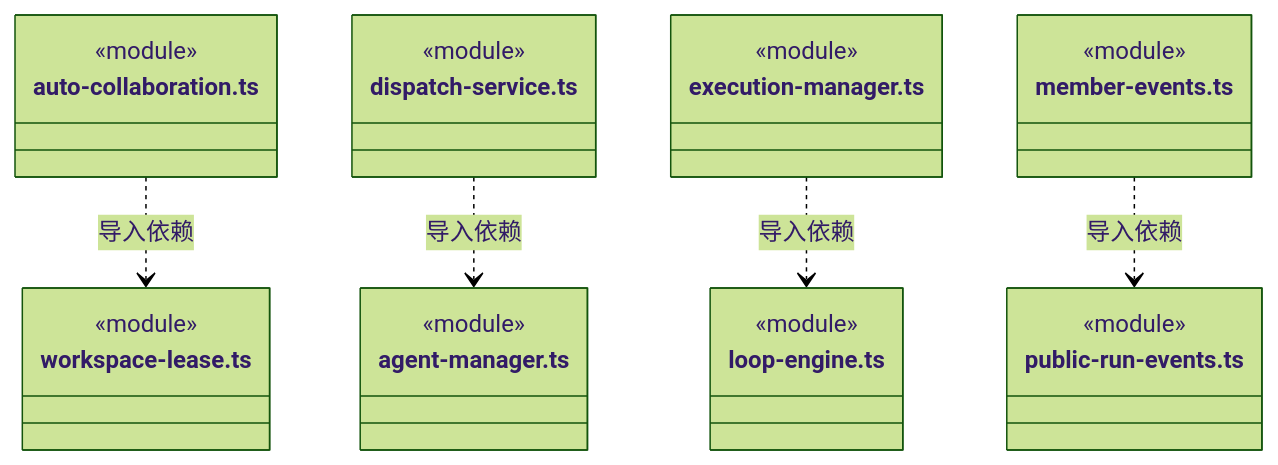
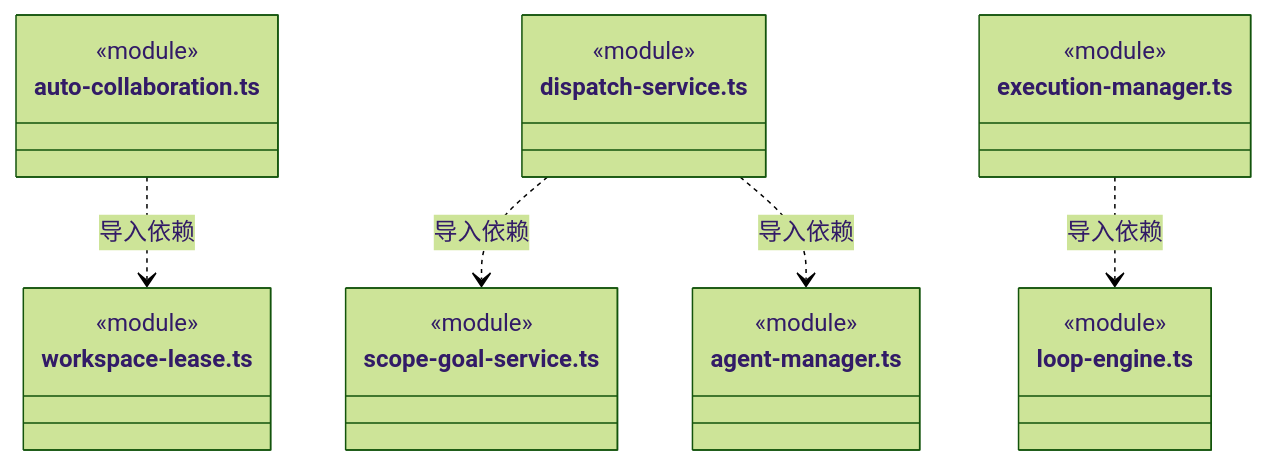
Before and after one commit to nan023062/cbim: diagram 24 of 28 in src/backend/scheduler-engine/execution/ARCHITECTURE.md, drawn with Mermaid (forest theme). The commit also changed other lines of this file and 36 other files, not shown here.

````diff
--- a/src/backend/scheduler-engine/execution/ARCHITECTURE.md
+++ b/src/backend/scheduler-engine/execution/ARCHITECTURE.md
@@ -570,31 +634,28 @@
 ```mermaid
 classDiagram
 class N_src_backend_scheduler_engine_execution_auto_collaboration_ts["auto-collaboration.ts"] {
   <<module>>
 }
 class N_src_backend_scheduler_engine_execution_workspace_lease_ts["workspace-lease.ts"] {
   <<module>>
 }
 class N_src_backend_scheduler_engine_execution_dispatch_service_ts["dispatch-service.ts"] {
   <<module>>
 }
+class N_src_backend_scheduler_engine_execution_scope_goal_service_ts["scope-goal-service.ts"] {
+  <<module>>
+}
 class N_src_backend_scheduler_engine_execution_agent_manager_ts["agent-manager.ts"] {
   <<module>>
 }
 class N_src_backend_scheduler_engine_execution_execution_manager_ts["execution-manager.ts"] {
   <<module>>
 }
 class N_src_backend_scheduler_engine_execution_loop_engine_ts["loop-engine.ts"] {
   <<module>>
 }
-class N_src_backend_scheduler_engine_execution_member_events_ts["member-events.ts"] {
-  <<module>>
-}
-class N_src_backend_scheduler_engine_execution_public_run_events_ts["public-run-events.ts"] {
-  <<module>>
-}
 N_src_backend_scheduler_engine_execution_auto_collaboration_ts ..> N_src_backend_scheduler_engine_execution_workspace_lease_ts : 导入依赖
+N_src_backend_scheduler_engine_execution_dispatch_service_ts ..> N_src_backend_scheduler_engine_execution_scope_goal_service_ts : 导入依赖
 N_src_backend_scheduler_engine_execution_dispatch_service_ts ..> N_src_backend_scheduler_engine_execution_agent_manager_ts : 导入依赖
 N_src_backend_scheduler_engine_execution_execution_manager_ts ..> N_src_backend_scheduler_engine_execution_loop_engine_ts : 导入依赖
-N_src_backend_scheduler_engine_execution_member_events_ts ..> N_src_backend_scheduler_engine_execution_public_run_events_ts : 导入依赖
 ```
````
